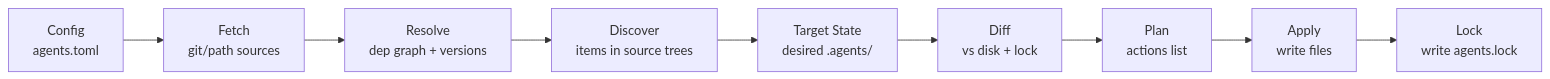
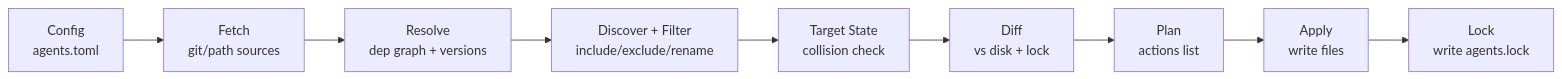
One commit to meridian-flow/meridian-cli changed the second of 2 diagrams in .meridian/work/agent-package-management/design/rust-architecture.md. Above: the diagram before and after it, drawn with Mermaid. The commit also changed other lines of this file and 3 other files, not shown here.

````diff
--- a/.meridian/work/agent-package-management/design/rust-architecture.md
+++ b/.meridian/work/agent-package-management/design/rust-architecture.md
@@ -611,11 +590,11 @@
 ```mermaid
 flowchart LR
     A["Config<br/>agents.toml"] --> B["Fetch<br/>git/path sources"]
     B --> C["Resolve<br/>dep graph + versions"]
-    C --> D["Discover<br/>items in source trees"]
-    D --> E["Target State<br/>desired .agents/"]
+    C --> D["Discover + Filter<br/>include/exclude/rename"]
+    D --> E["Target State<br/>collision check"]
     E --> F["Diff<br/>vs disk + lock"]
     F --> G["Plan<br/>actions list"]
     G --> H["Apply<br/>write files"]
     H --> I["Lock<br/>write agents.lock"]
 ```
````
